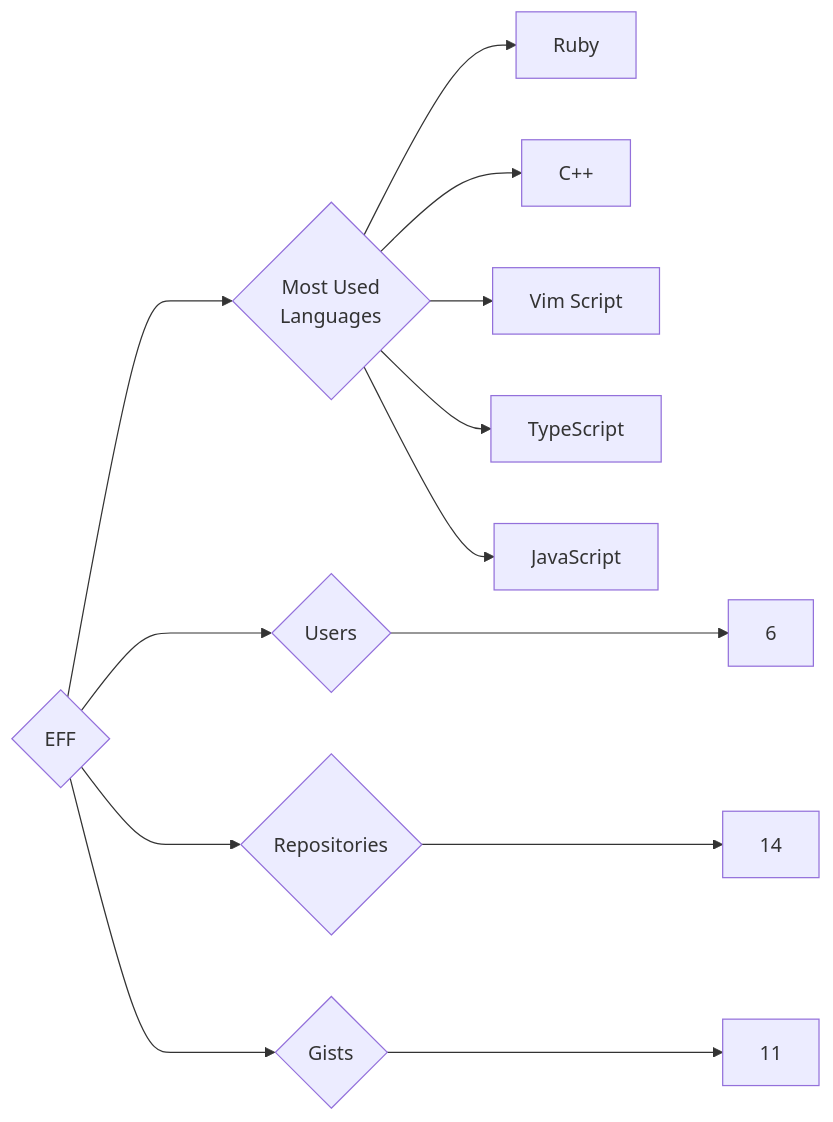
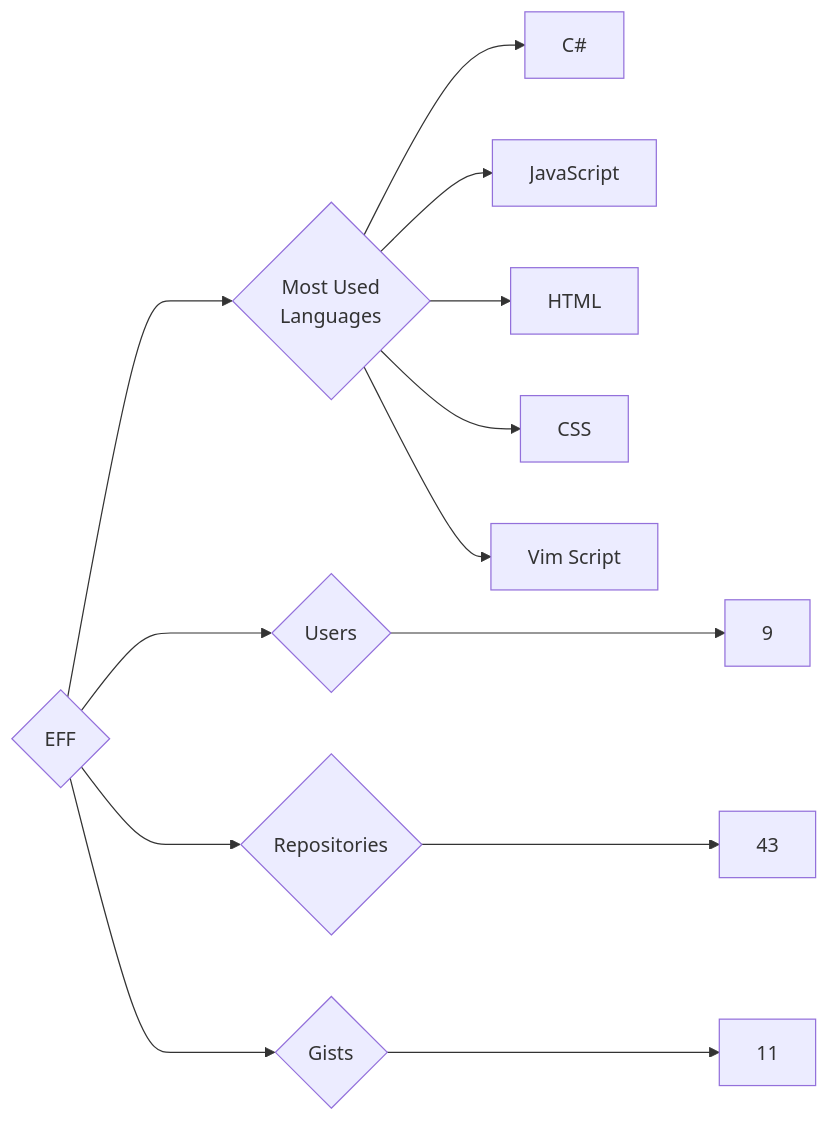
The diagram in targets/EFF/README.md (trickest/insiders), drawn with Mermaid before and after one commit. The commit also changed 772 other files, not shown here.

````diff
--- a/targets/EFF/README.md
+++ b/targets/EFF/README.md
@@ -3,13 +3,13 @@
 ```mermaid
 graph LR
 COMPANY_NAME{EFF}
-COMPANY_NAME ---> U{Users} ---> UN[6]
-COMPANY_NAME ---> R{Repositories} ---> RN[14]
+COMPANY_NAME ---> U{Users} ---> UN[9]
+COMPANY_NAME ---> R{Repositories} ---> RN[43]
 COMPANY_NAME ---> G{Gists} ---> GN[11]
 COMPANY_NAME ---> ML{Most Used<br>Languages}
-ML --> Ruby[Ruby]
-ML --> C++[C++]
+ML --> C#[C#]
+ML --> JavaScript[JavaScript]
+ML --> HTML[HTML]
+ML --> CSS[CSS]
 ML --> Vim_Script[Vim Script]
-ML --> TypeScript[TypeScript]
-ML --> JavaScript[JavaScript]
 ```
````
